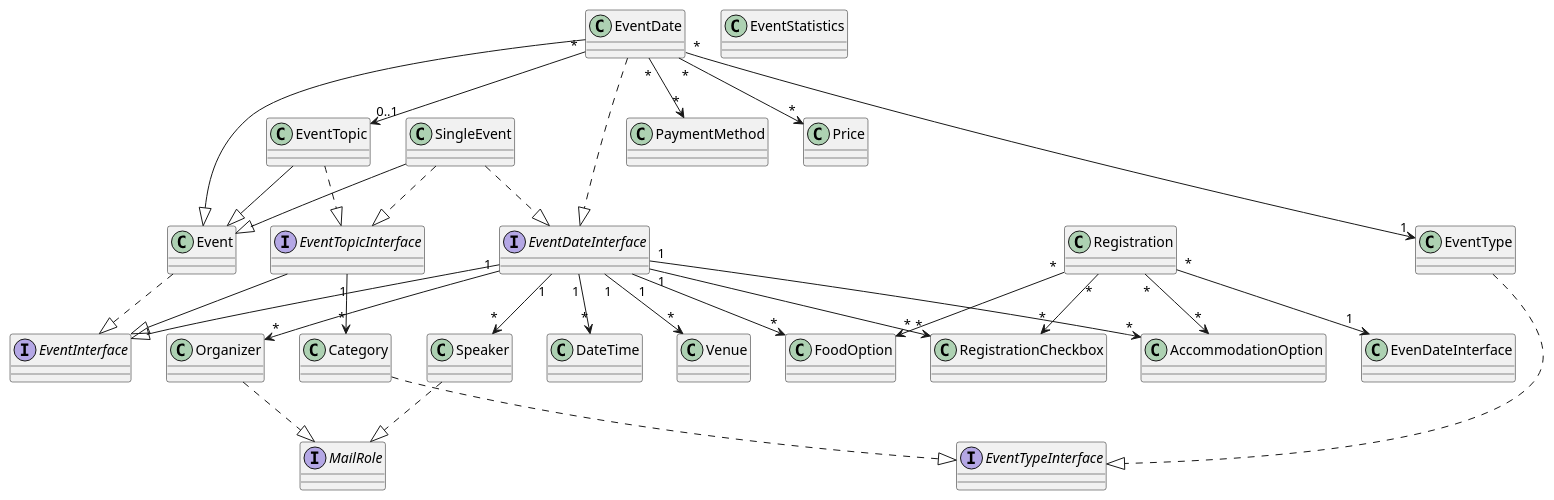
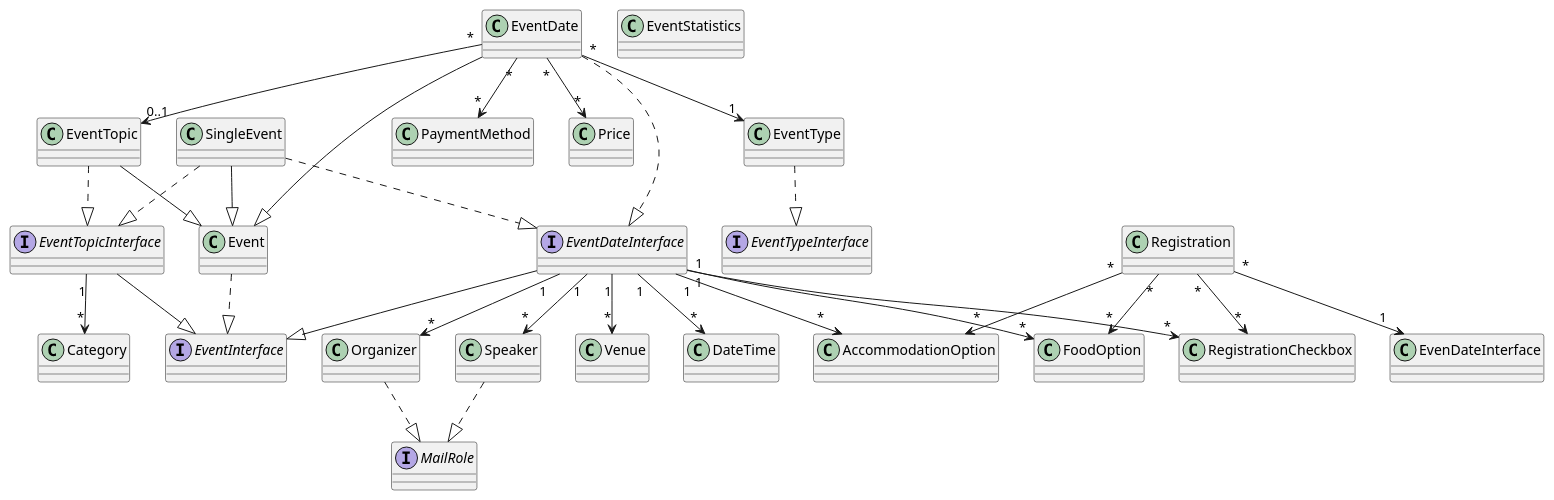
The diagram in Documentation/Architecture/UMLforEntities.plantuml (oliverklee-de/seminars), drawn with PlantUML before and after one commit. The commit also changed 1 other file, not shown here.

Commit message:
[TASK] `Category` should not implement `EventTypeInterface`
Fixes #4745

```diff
--- a/Documentation/Architecture/UMLforEntities.plantuml
+++ b/Documentation/Architecture/UMLforEntities.plantuml
@@ -1,77 +1,76 @@
 ' ==========
 ' Interfaces
 ' ==========
 interface EventDateInterface
 interface EventInterface
 interface EventTopicInterface
 interface EventTypeInterface
 interface MailRole
 
 ' ==============
 ' Domain Classes
 ' ==============
 class AccommodationOption
 class Category
 class DateTime
 class Event
 class EventDate
 class EventStatistics
 class EventTopic
 class EventType
 class FoodOption
 class Organizer
 class PaymentMethod
 class Price
 class Registration
 class RegistrationCheckbox
 class SingleEvent
 class Speaker
 class Venue
 
 ' ===========
 ' Inheritance
 ' ===========
 EventDate --|> Event
 EventTopic --|> Event
 SingleEvent --|> Event
 
 EventDateInterface --|> EventInterface
 EventTopicInterface --|> EventInterface
 
 ' =========
 ' Interface
 ' =========
-Category ..|> EventTypeInterface
 Event ..|> EventInterface
 EventDate ..|> EventDateInterface
 EventTopic ..|> EventTopicInterface
 EventType ..|> EventTypeInterface
 Organizer ..|> MailRole
 SingleEvent ..|> EventDateInterface
 SingleEvent ..|> EventTopicInterface
 Speaker ..|> MailRole
 
 
 
 ' ============
 ' Associations
 ' ============
 EventDate "*" --> "1" EventType
 EventDate "*" --> "*" PaymentMethod
 EventDate "*" --> "*" Price
 EventDate "*" --> "0..1" EventTopic
 
 EventDateInterface "1" --> "*" AccommodationOption
 EventDateInterface "1" --> "*" DateTime
 EventDateInterface "1" --> "*" FoodOption
 EventDateInterface "1" --> "*" Organizer
 EventDateInterface "1" --> "*" RegistrationCheckbox
 EventDateInterface "1" --> "*" Speaker
 EventDateInterface "1" --> "*" Venue
 
 EventTopicInterface "1" --> "*" Category
 
 Registration "*" --> "*" AccommodationOption
 Registration "*" --> "1" EvenDateInterface
 Registration "*" --> "*" FoodOption
 Registration "*" --> "*" RegistrationCheckbox
```
